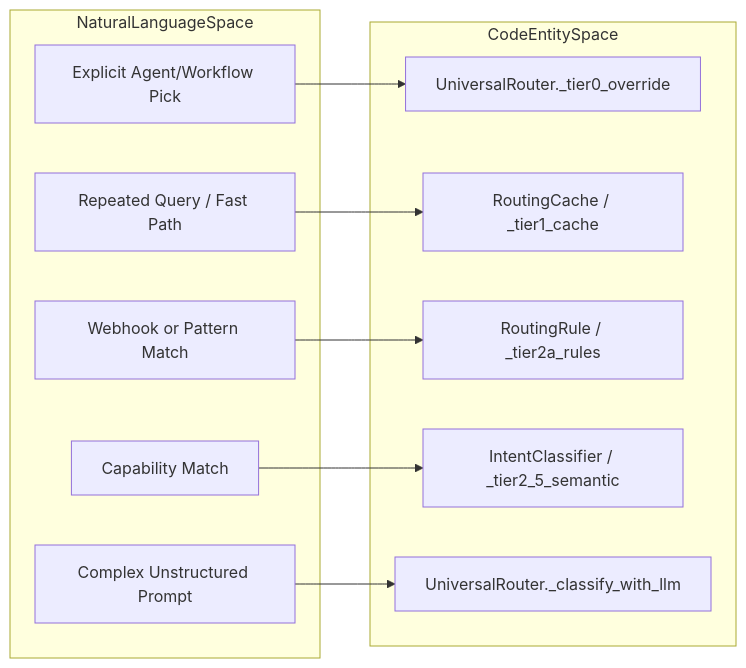
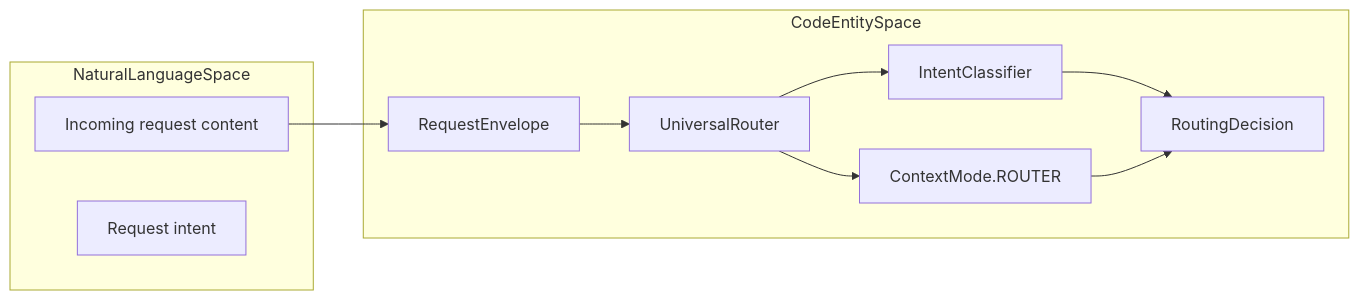
One commit to AutomatosAI/automatos-ai changed the third of 3 diagrams in docs/universal-router/_index.md. Above: the diagram before and after it, drawn with Mermaid. The commit also changed other lines of this file and 188 other files, not shown here.

First line of the commit message:
docs: refresh architecture docs and add coverage for new subsystems (#1416)

````diff
--- a/docs/universal-router/_index.md
+++ b/docs/universal-router/_index.md
@@ -92,24 +85,20 @@
 ```mermaid
 graph LR
     subgraph "NaturalLanguageSpace"
-        NL_Override["Explicit Agent/Workflow Pick"]
-        NL_Cache["Repeated Query / Fast Path"]
-        NL_Rule["Webhook or Pattern Match"]
-        NL_Semantic["Capability Match"]
-        NL_LLM["Complex Unstructured Prompt"]
+        Q["Incoming request content"]
+        I["Request intent"]
     end
-
     subgraph "CodeEntitySpace"
-        CE_T0["UniversalRouter._tier0_override"]
-        CE_T1["RoutingCache / _tier1_cache"]
-        CE_T2a["RoutingRule / _tier2a_rules"]
-        CE_T25["IntentClassifier / _tier2_5_semantic"]
-        CE_T3["UniversalRouter._classify_with_llm"]
+        E["RequestEnvelope"]
+        U["UniversalRouter"]
+        IC["IntentClassifier"]
+        CM["ContextMode.ROUTER"]
+        RD["RoutingDecision"]
     end
-
-    NL_Override --> CE_T0
-    NL_Cache --> CE_T1
-    NL_Rule --> CE_T2a
-    NL_Semantic --> CE_T25
-    NL_LLM --> CE_T3
+    Q --> E
+    E --> U
+    U --> IC
+    U --> CM
+    IC --> RD
+    CM --> RD
 ```
````
